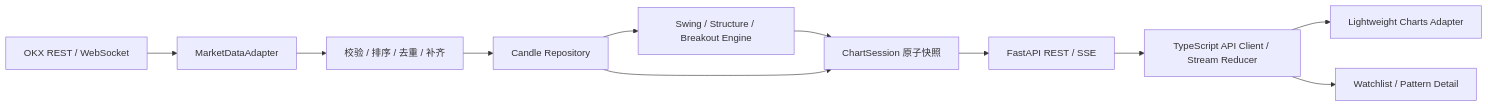
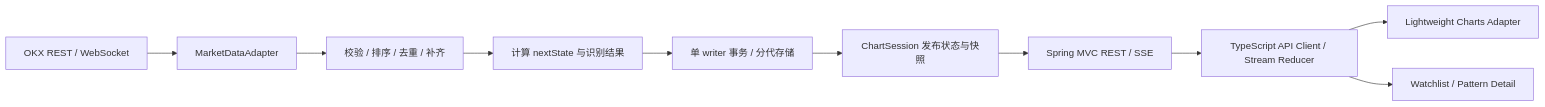
One commit to lucaslam92/trading-agent-ops changed the diagram in docs/trading-coach/README.md. Above: the diagram before and after it, drawn with Mermaid. The commit also changed other lines of this file and 7 other files, not shown here.

Commit message:
docs: finalize Java trading coach architecture and recovery design

````diff
--- a/docs/trading-coach/README.md
+++ b/docs/trading-coach/README.md
@@ -52,13 +59,12 @@
 ```mermaid
 flowchart LR
     EX[OKX REST / WebSocket] --> AD[MarketDataAdapter]
     AD --> CQ[校验 / 排序 / 去重 / 补齐]
-    CQ --> REPO[Candle Repository]
-    REPO --> ENGINE[Swing / Structure / Breakout Engine]
-    ENGINE --> STATE[ChartSession 原子快照]
-    REPO --> STATE
-    STATE --> API[FastAPI REST / SSE]
+    CQ --> ENGINE[计算 nextState 与识别结果]
+    ENGINE --> REPO[单 writer 事务 / 分代存储]
+    REPO --> STATE[ChartSession 发布状态与快照]
+    STATE --> API[Spring MVC REST / SSE]
     API --> CLIENT[TypeScript API Client / Stream Reducer]
     CLIENT --> CHART[Lightweight Charts Adapter]
     CLIENT --> DETAIL[Watchlist / Pattern Detail]
 ```
````
